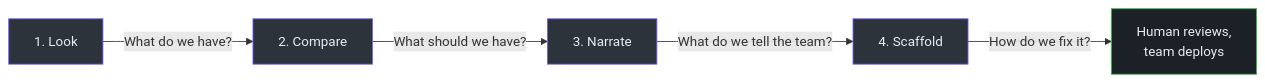
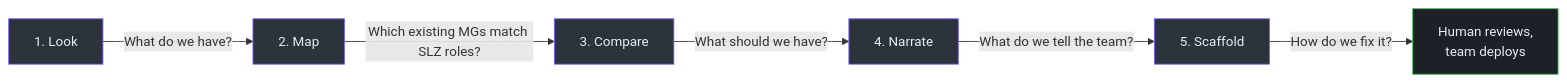
One commit to msucharda/slz-readiness changed the second of 3 diagrams in wiki/docs/onboarding/product-manager.md. Above: the diagram before and after it, drawn with Mermaid. The commit also changed other lines of this file and 39 other files, not shown here.

````diff
--- a/wiki/docs/onboarding/product-manager.md
+++ b/wiki/docs/onboarding/product-manager.md
@@ -52,18 +52,20 @@
 ```mermaid
 flowchart LR
     A["1. Look"]:::p1
-    B["2. Compare"]:::p2
-    C["3. Narrate"]:::p3
-    D["4. Scaffold"]:::p4
+    B["2. Map"]:::p2
+    C["3. Compare"]:::p3
+    D["4. Narrate"]:::p4
+    S["5. Scaffold"]:::p4
 
     A -- "What do we have?" --> B
-    B -- "What should we have?" --> C
-    C -- "What do we tell the team?" --> D
-    D -- "How do we fix it?" --> E["Human reviews,<br>team deploys"]:::p5
+    B -- "Which existing MGs match SLZ roles?" --> C
+    C -- "What should we have?" --> D
+    D -- "What do we tell the team?" --> S
+    S -- "How do we fix it?" --> E["Human reviews,<br>team deploys"]:::p5
 
     classDef p1 fill:#2d333b,stroke:#6d5dfc,color:#e6edf3;
     classDef p2 fill:#2d333b,stroke:#6d5dfc,color:#e6edf3;
     classDef p3 fill:#2d333b,stroke:#6d5dfc,color:#e6edf3;
     classDef p4 fill:#2d333b,stroke:#6d5dfc,color:#e6edf3;
     classDef p5 fill:#1c2128,stroke:#3fb950,color:#e6edf3;
 ```
````
